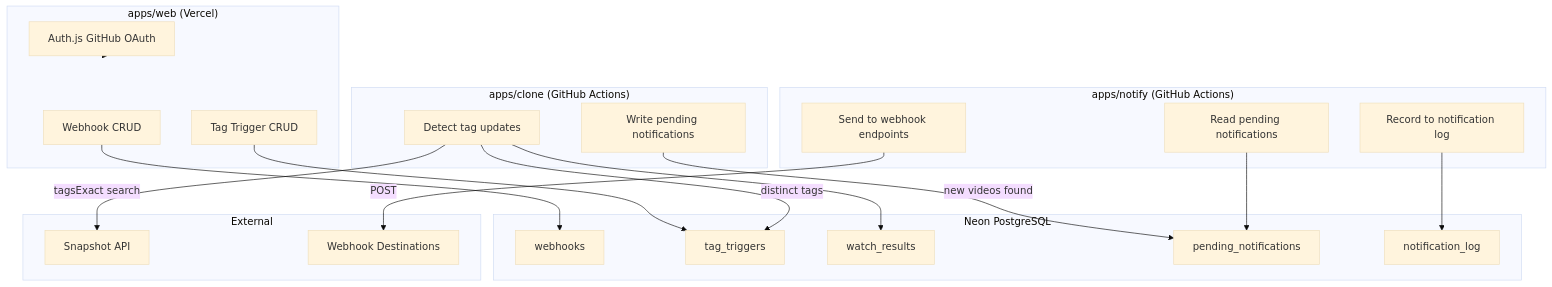
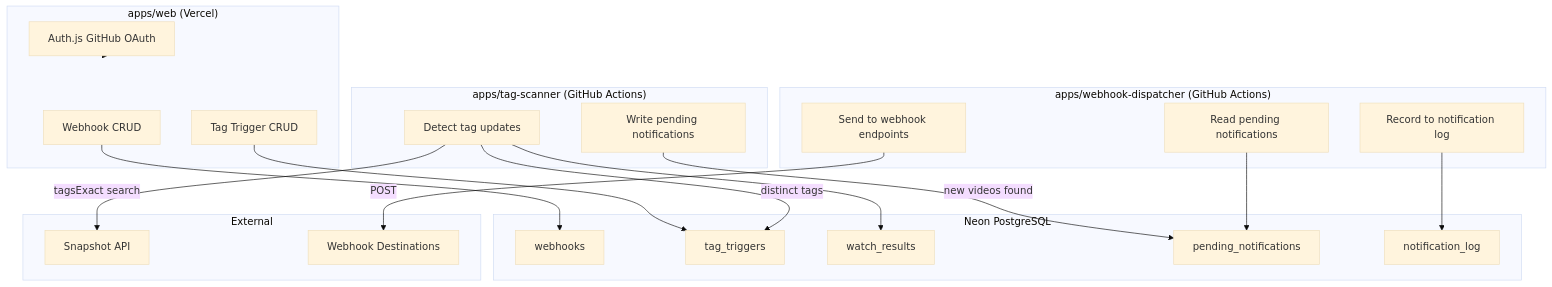
Before and after one commit to masseater/nicolens: the diagram in docs/superpowers/specs/2026-04-11-watch-webhook-design.md, drawn with Mermaid (base theme). The commit also changed other lines of this file and 1 other file, not shown here.

First line of the commit message:
docs: rename services to tag-scanner and webhook-dispatcher

````diff
--- a/docs/superpowers/specs/2026-04-11-watch-webhook-design.md
+++ b/docs/superpowers/specs/2026-04-11-watch-webhook-design.md
@@ -127,45 +127,45 @@
 ```mermaid
 flowchart TB
     subgraph Web["apps/web (Vercel)"]
         Auth[Auth.js GitHub OAuth]
         WebhookCRUD[Webhook CRUD]
         TriggerCRUD[Tag Trigger CRUD]
     end
 
-    subgraph Clone["apps/clone (GitHub Actions)"]
+    subgraph Clone["apps/tag-scanner (GitHub Actions)"]
         DetectTags[Detect tag updates]
         WritePending[Write pending notifications]
     end
 
-    subgraph Notify["apps/notify (GitHub Actions)"]
+    subgraph Notify["apps/webhook-dispatcher (GitHub Actions)"]
         ReadPending[Read pending notifications]
         SendWebhook[Send to webhook endpoints]
         RecordLog[Record to notification log]
     end
 
     subgraph Storage[Neon PostgreSQL]
         Webhooks[webhooks]
         TagTriggers[tag_triggers]
         WatchResults[watch_results]
         Pending[pending_notifications]
         Log[notification_log]
     end
 
     subgraph External[External]
         SnapshotAPI[Snapshot API]
         Destinations[Webhook Destinations]
     end
 
     Auth --> Web
     WebhookCRUD --> Webhooks
     TriggerCRUD --> TagTriggers
 
     DetectTags -->|distinct tags| TagTriggers
     DetectTags -->|tagsExact search| SnapshotAPI
     DetectTags --> WatchResults
     WritePending -->|new videos found| Pending
 
     ReadPending --> Pending
     SendWebhook -->|POST| Destinations
     RecordLog --> Log
 ```
````
